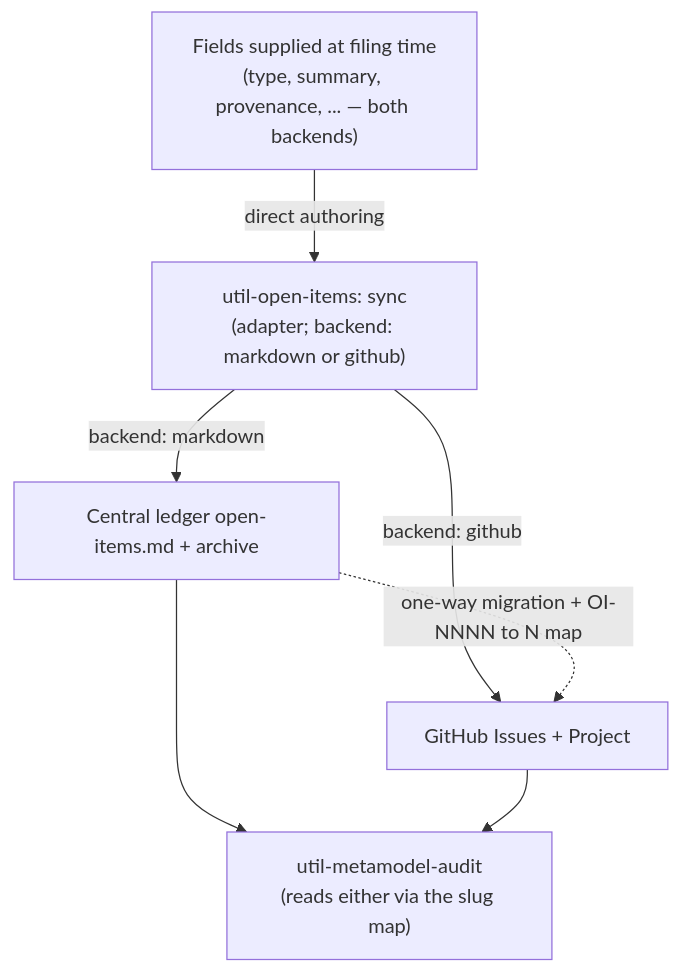
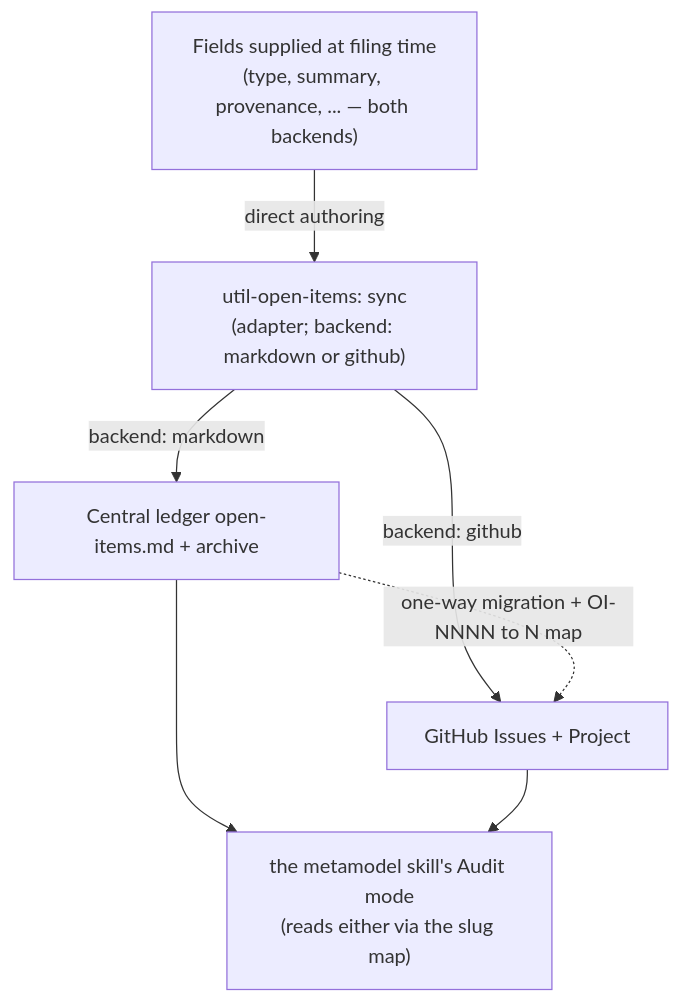
One commit to VictorHueni/homemade-agents-skills changed the first of 2 diagrams in skills/util-open-items/references/github-backend.md. Above: the diagram before and after it, drawn with Mermaid. The commit also changed other lines of this file and 43 other files, not shown here.

First line of the commit message:
feat(packaging): fold audit/scaffold/migration into metamodel skill modes

````diff
--- a/skills/util-open-items/references/github-backend.md
+++ b/skills/util-open-items/references/github-backend.md
@@ -150,12 +150,12 @@
 ```mermaid
 flowchart TD
     FIELDS["Fields supplied at filing time<br/>(type, summary, provenance, ... — both backends)"]
     SYNC["util-open-items: sync<br/>(adapter; backend: markdown or github)"]
     FIELDS -->|"direct authoring"| SYNC
     SYNC -->|"backend: markdown"| MD["Central ledger open-items.md + archive"]
     SYNC -->|"backend: github"| GH["GitHub Issues + Project"]
     MD -.->|"one-way migration + OI-NNNN to N map"| GH
-    AUDIT["util-metamodel-audit<br/>(reads either via the slug map)"]
+    AUDIT["the metamodel skill's Audit mode<br/>(reads either via the slug map)"]
     MD --> AUDIT
     GH --> AUDIT
 ```
````
